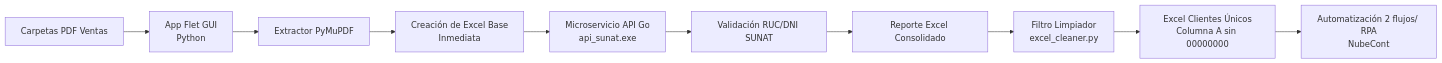
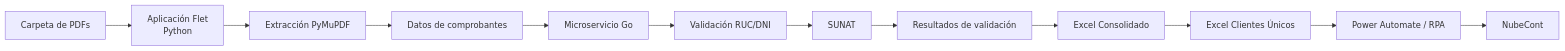
The diagram in README.md (yassppy/nubecont-automatizacion), drawn with Mermaid before and after one commit. The commit also changed other lines of this file, not shown here.

````diff
--- a/README.md
+++ b/README.md
@@ -113,12 +150,14 @@
 ```mermaid
 graph LR
-    A[Carpetas PDF Ventas] --> B[App Flet GUI<br/>Python]
-    B --> C[Extractor PyMuPDF]
-    C --> D[Creación de Excel Base<br/>Inmediata]
-    D --> E[Microservicio API Go<br/>api_sunat.exe]
-    E --> F[Validación RUC/DNI SUNAT]
-    F --> G[Reporte Excel Consolidado]
-    G --> H[Filtro Limpiador<br/>excel_cleaner.py]
-    H --> I[Excel Clientes Únicos<br/>Columna A sin 00000000]
-    I --> J[Automatización 2 flujos/ RPA<br/>NubeCont]
+    A[Carpeta de PDFs] --> B[Aplicación Flet<br/>Python]
+    B --> C[Extracción PyMuPDF]
+    C --> D[Datos de comprobantes]
+    D --> E[Microservicio Go]
+    E --> F[Validación RUC/DNI]
+    F --> G[SUNAT]
+    G --> H[Resultados de validación]
+    H --> I[Excel Consolidado]
+    I --> J[Excel Clientes Únicos]
+    J --> K[Power Automate / RPA]
+    K --> L[NubeCont]
 ```
````
